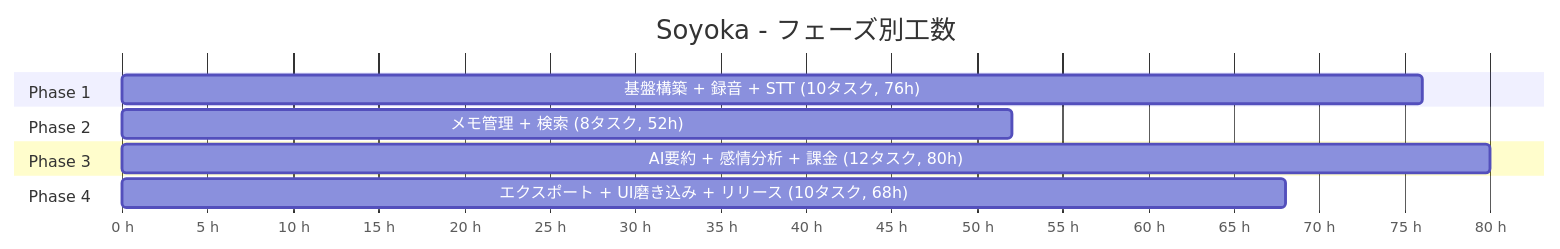
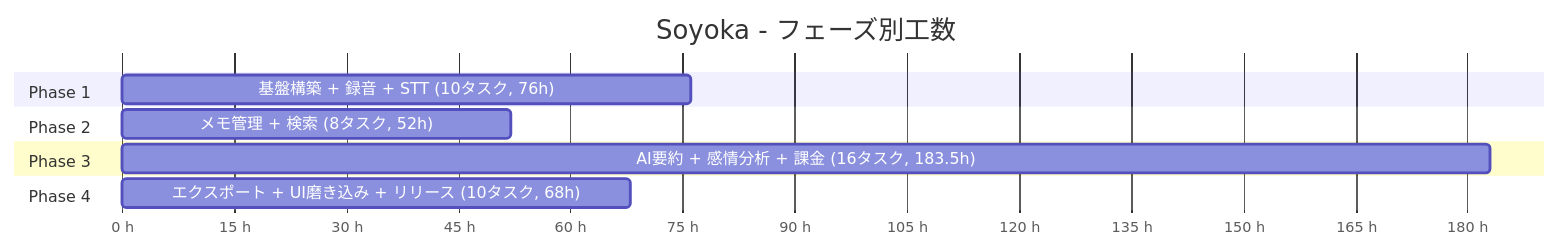
One commit to yoskmr/VoiceMemo changed the first of 9 diagrams in docs/tasks/ai-voice-memo/overview.md. Above: the diagram before and after it, drawn with Mermaid. The commit also changed other lines of this file and 31 other files, not shown here.

````diff
--- a/docs/tasks/ai-voice-memo/overview.md
+++ b/docs/tasks/ai-voice-memo/overview.md
@@ -44,18 +44,18 @@
 ```mermaid
 gantt
     title Soyoka - フェーズ別工数
     dateFormat X
     axisFormat %s h
 
     section Phase 1
     基盤構築 + 録音 + STT (10タスク, 76h) : 0, 76
 
     section Phase 2
     メモ管理 + 検索 (8タスク, 52h) : 0, 52
 
     section Phase 3
-    AI要約 + 感情分析 + 課金 (12タスク, 80h) : 0, 80
+    AI要約 + 感情分析 + 課金 (16タスク, 183.5h) : 0, 183
 
     section Phase 4
     エクスポート + UI磨き込み + リリース (10タスク, 68h) : 0, 68
 ```
````
